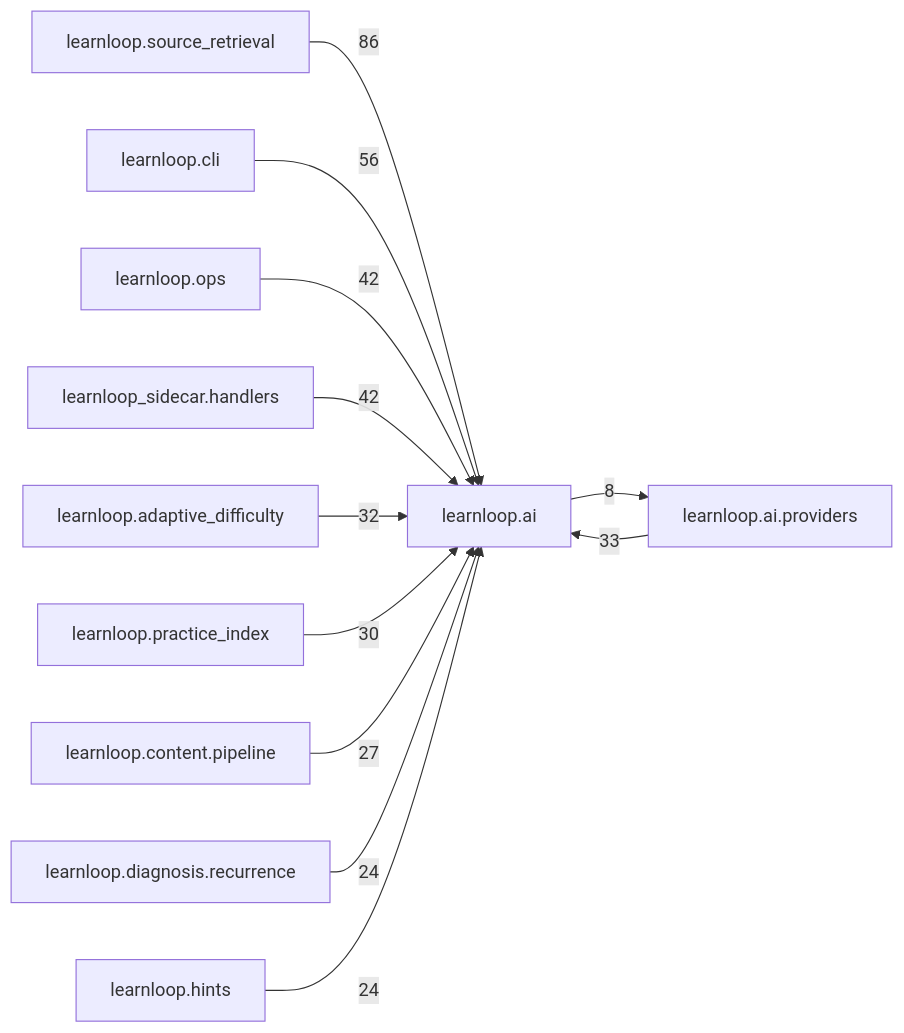
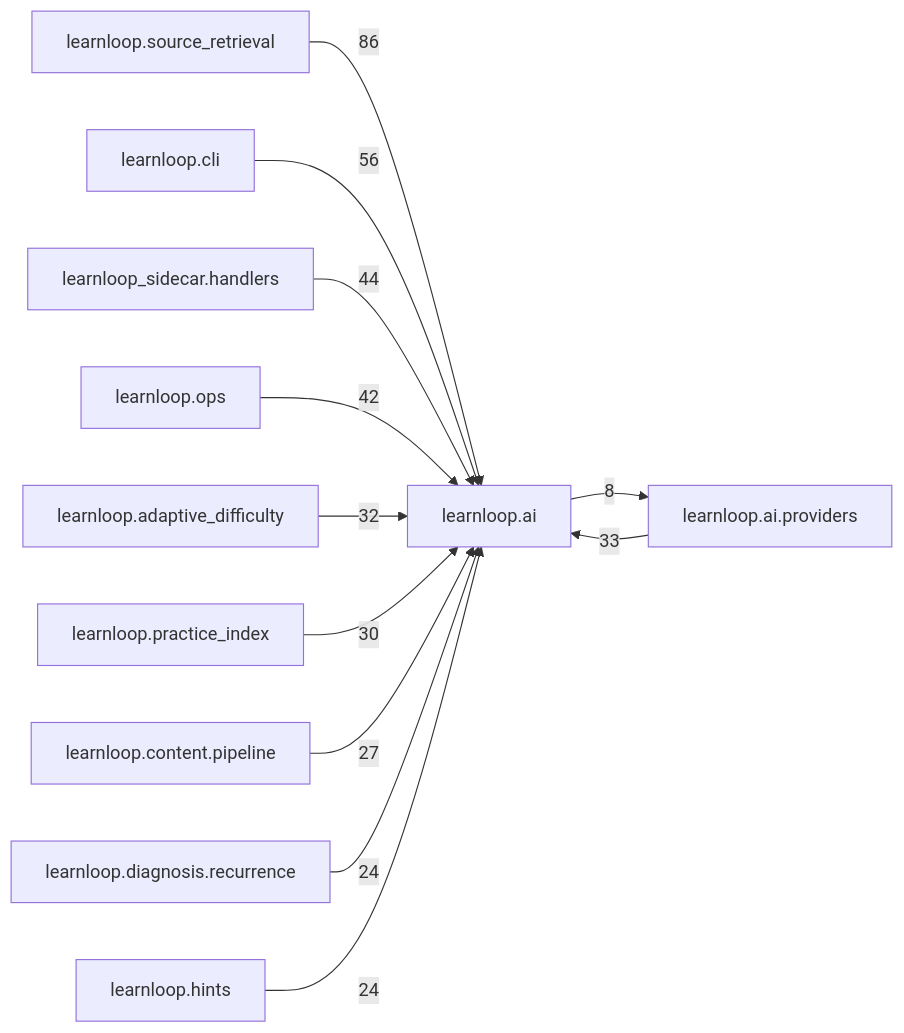
The diagram in docs/learnloop-architecture-vault/Reference/Modules/learnloop/ai/_package.md (6up-b/learnanything), drawn with Mermaid before and after one commit. The commit also changed other lines of this file and 46 other files, not shown here.

````diff
--- a/docs/learnloop-architecture-vault/Reference/Modules/learnloop/ai/_package.md
+++ b/docs/learnloop-architecture-vault/Reference/Modules/learnloop/ai/_package.md
@@ -165,25 +165,25 @@
 ```mermaid
 flowchart LR
     center["learnloop.ai"]
     n_learnloop_source_retrieval["learnloop.source_retrieval"]
     n_learnloop_cli["learnloop.cli"]
+    n_learnloop_sidecar_handlers["learnloop_sidecar.handlers"]
     n_learnloop_ops["learnloop.ops"]
-    n_learnloop_sidecar_handlers["learnloop_sidecar.handlers"]
     n_learnloop_ai_providers["learnloop.ai.providers"]
     n_learnloop_adaptive_difficulty["learnloop.adaptive_difficulty"]
     n_learnloop_practice_index["learnloop.practice_index"]
     n_learnloop_content_pipeline["learnloop.content.pipeline"]
     n_learnloop_diagnosis_recurrence["learnloop.diagnosis.recurrence"]
     n_learnloop_hints["learnloop.hints"]
     n_learnloop_source_retrieval -->|86| center
     n_learnloop_cli -->|56| center
+    n_learnloop_sidecar_handlers -->|44| center
     n_learnloop_ops -->|42| center
-    n_learnloop_sidecar_handlers -->|42| center
     n_learnloop_ai_providers -->|33| center
     center -->|8| n_learnloop_ai_providers
     n_learnloop_adaptive_difficulty -->|32| center
     n_learnloop_practice_index -->|30| center
     n_learnloop_content_pipeline -->|27| center
     n_learnloop_diagnosis_recurrence -->|24| center
     n_learnloop_hints -->|24| center
 ```
````
